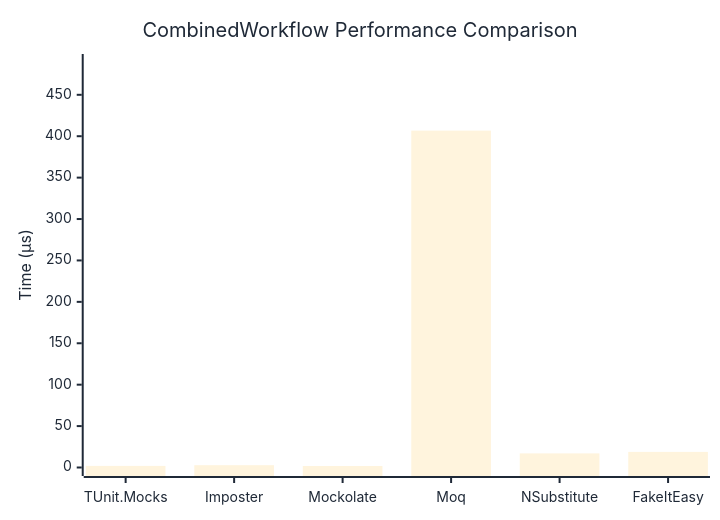
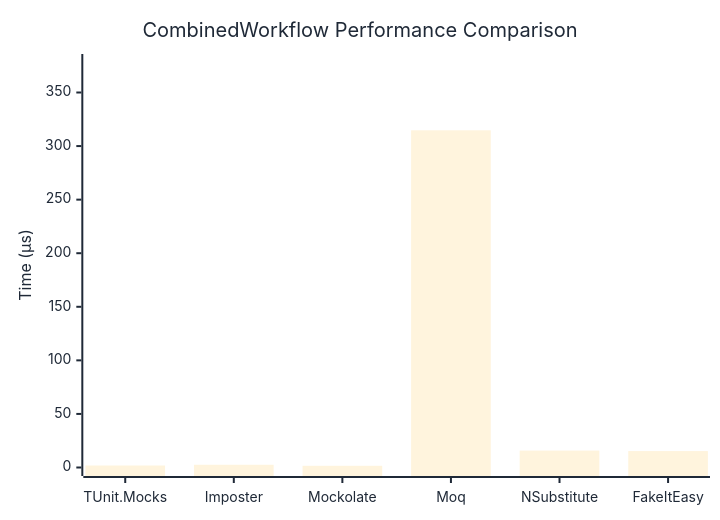
The diagram in docs/docs/benchmarks/mocks/CombinedWorkflow.md (thomhurst/TUnit), drawn with Mermaid before and after one commit. The commit also changed other lines of this file and 14 other files, not shown here.

````diff
--- a/docs/docs/benchmarks/mocks/CombinedWorkflow.md
+++ b/docs/docs/benchmarks/mocks/CombinedWorkflow.md
@@ -30,27 +30,27 @@
 ```mermaid
 %%{init: {
   'theme':'base',
   'themeVariables': {
     'primaryColor': '#2563eb',
     'primaryTextColor': '#1f2937',
     'primaryBorderColor': '#1e40af',
     'lineColor': '#6b7280',
     'secondaryColor': '#7c3aed',
     'tertiaryColor': '#dc2626',
     'background': '#ffffff',
     'pie1': '#2563eb',
     'pie2': '#7c3aed',
     'pie3': '#dc2626',
     'pie4': '#f59e0b',
     'pie5': '#10b981',
     'pie6': '#06b6d4',
     'pie7': '#ec4899',
     'pie8': '#6366f1'
   }
 }}%%
 xychart-beta
   title "CombinedWorkflow Performance Comparison"
   x-axis ["TUnit.Mocks", "Imposter", "Mockolate", "Moq", "NSubstitute", "FakeItEasy"]
-  y-axis "Time (μs)" 0 --> 489
-  bar [1.941, 2.793, 1.779, 406.758, 17.029, 18.815]
+  y-axis "Time (μs)" 0 --> 378
+  bar [1.853, 2.547, 1.596, 314.705, 15.788, 15.324]
 ```
````
